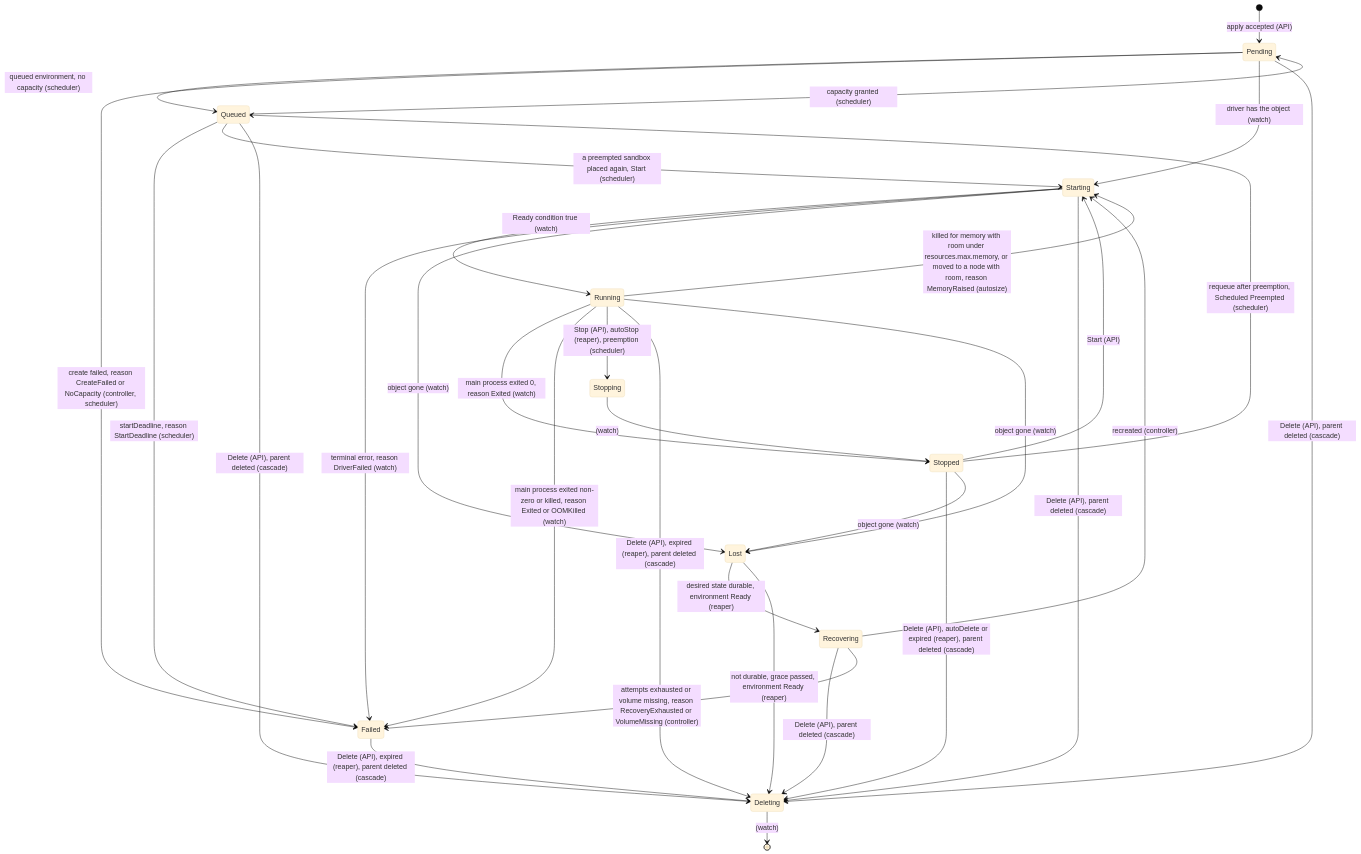
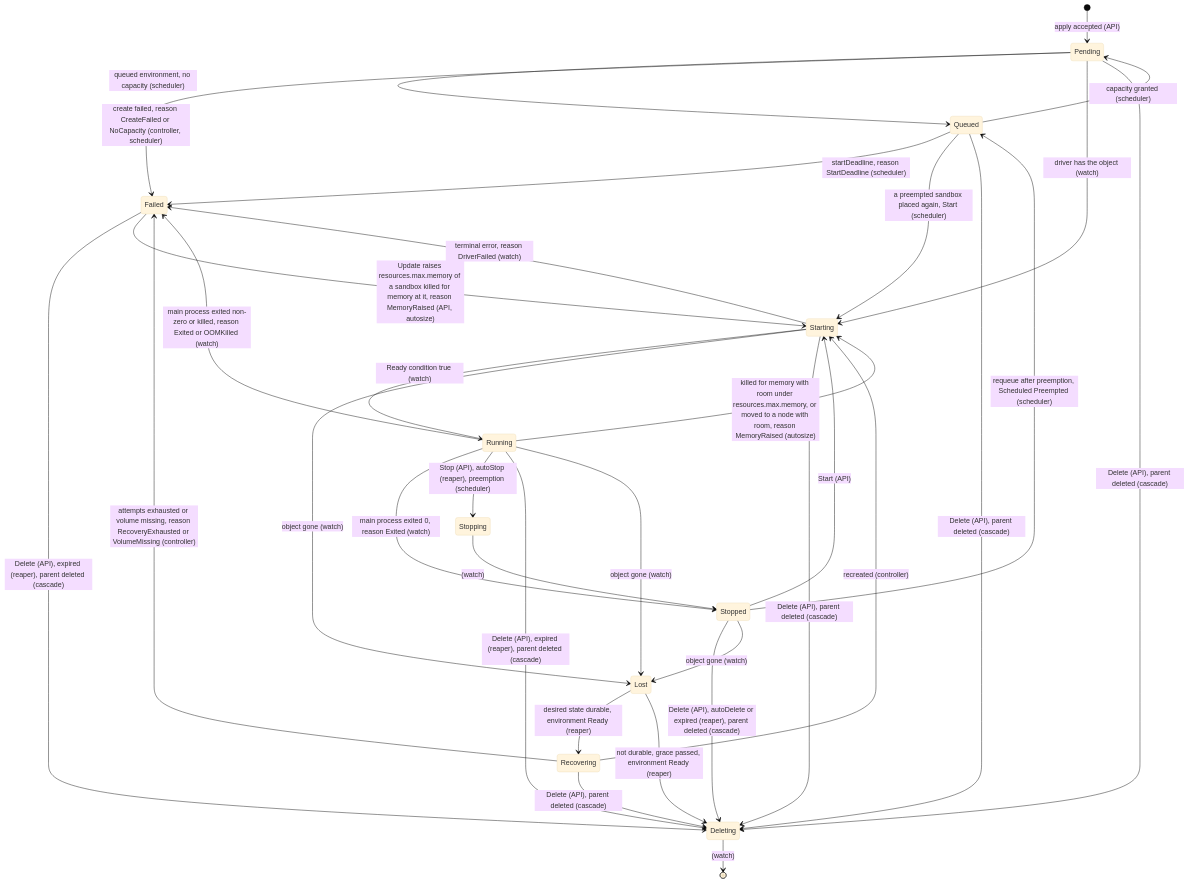
Before and after one commit to latere-ai/cella: the diagram in specs/005-lifecycle-controller.md, drawn with Mermaid (base theme). The commit also changed other lines of this file and 1 other file, not shown here.

Commit message:
specs: 005 and 078 hold Failed to terminal until a client acts, a kill inside the backoff included

````diff
--- a/specs/005-lifecycle-controller.md
+++ b/specs/005-lifecycle-controller.md
@@ -46,34 +46,35 @@
 ```mermaid
 stateDiagram-v2
   [*] --> Pending: apply accepted (API)
   Pending --> Queued: queued environment, no capacity (scheduler)
   Queued --> Pending: capacity granted (scheduler)
   Queued --> Failed: startDeadline, reason StartDeadline (scheduler)
   Pending --> Failed: create failed, reason CreateFailed or NoCapacity (controller, scheduler)
   Pending --> Starting: driver has the object (watch)
   Starting --> Running: Ready condition true (watch)
   Starting --> Failed: terminal error, reason DriverFailed (watch)
   Starting --> Lost: object gone (watch)
   Running --> Stopped: main process exited 0, reason Exited (watch)
   Running --> Failed: main process exited non-zero or killed, reason Exited or OOMKilled (watch)
   Running --> Stopping: Stop (API), autoStop (reaper), preemption (scheduler)
   Stopping --> Stopped: (watch)
   Stopped --> Starting: Start (API)
   Stopped --> Queued: requeue after preemption, Scheduled Preempted (scheduler)
   Queued --> Starting: a preempted sandbox placed again, Start (scheduler)
   Running --> Deleting: Delete (API), expired (reaper), parent deleted (cascade)
   Stopped --> Deleting: Delete (API), autoDelete or expired (reaper), parent deleted (cascade)
   Pending --> Deleting: Delete (API), parent deleted (cascade)
   Queued --> Deleting: Delete (API), parent deleted (cascade)
   Starting --> Deleting: Delete (API), parent deleted (cascade)
   Failed --> Deleting: Delete (API), expired (reaper), parent deleted (cascade)
   Running --> Starting: killed for memory with room under resources.max.memory, or moved to a node with room, reason MemoryRaised (autosize)
+  Failed --> Starting: Update raises resources.max.memory of a sandbox killed for memory at it, reason MemoryRaised (API, autosize)
   Recovering --> Deleting: Delete (API), parent deleted (cascade)
   Running --> Lost: object gone (watch)
   Stopped --> Lost: object gone (watch)
   Lost --> Recovering: desired state durable, environment Ready (reaper)
   Lost --> Deleting: not durable, grace passed, environment Ready (reaper)
   Recovering --> Starting: recreated (controller)
   Recovering --> Failed: attempts exhausted or volume missing, reason RecoveryExhausted or VolumeMissing (controller)
   Deleting --> [*]: (watch)
 ```
````
